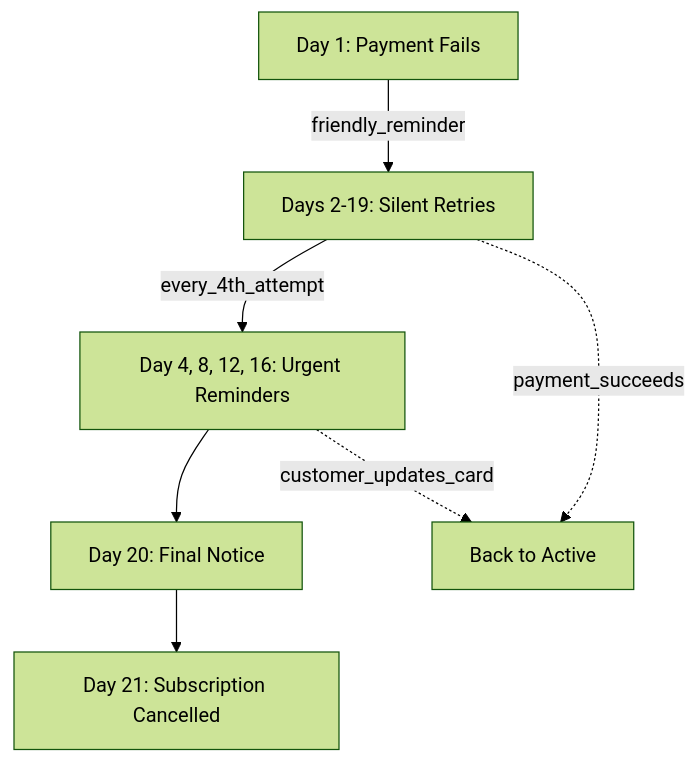
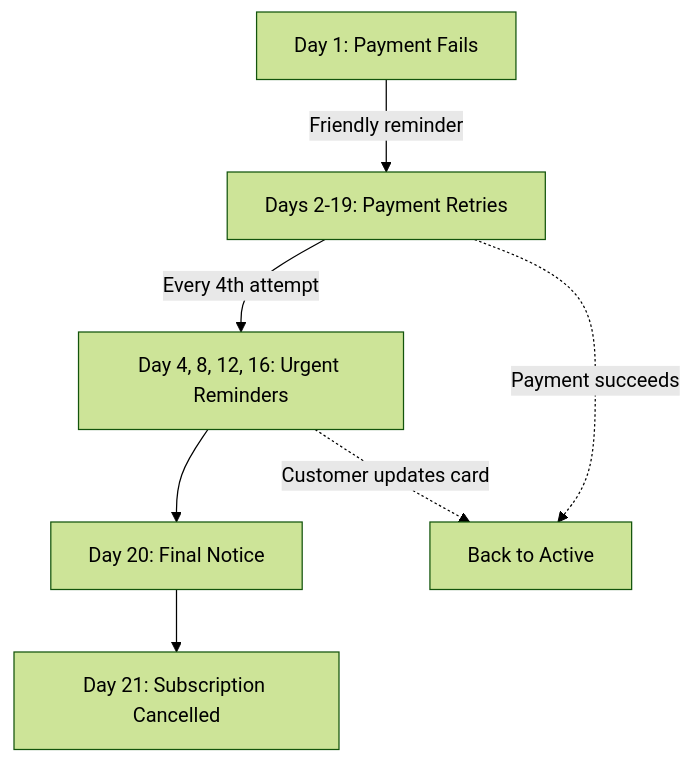
One commit to getjourney-io/docs changed the second of 3 diagrams in customer-engagement/communication.mdx. Above: the diagram before and after it, drawn with Mermaid (forest theme). The commit also changed other lines of this file and 5 other files, not shown here.

````diff
--- a/customer-engagement/communication.mdx
+++ b/customer-engagement/communication.mdx
@@ -176,10 +176,10 @@
 ```mermaid
 graph TD
-    A[Day 1: Payment Fails] -->|friendly_reminder| B[Days 2-19: Silent Retries]
-    B -->|every_4th_attempt| C[Day 4, 8, 12, 16: Urgent Reminders]
+    A[Day 1: Payment Fails] -->|Friendly reminder| B[Days 2-19: Payment Retries]
+    B -->|Every 4th attempt| C[Day 4, 8, 12, 16: Urgent Reminders]
     C --> D[Day 20: Final Notice]
     D --> E[Day 21: Subscription Cancelled]
 
-    B -.->|payment_succeeds| F[Back to Active]
-    C -.->|customer_updates_card| F
+    B -.->|Payment succeeds| F[Back to Active]
+    C -.->|Customer updates card| F
 ```
````
